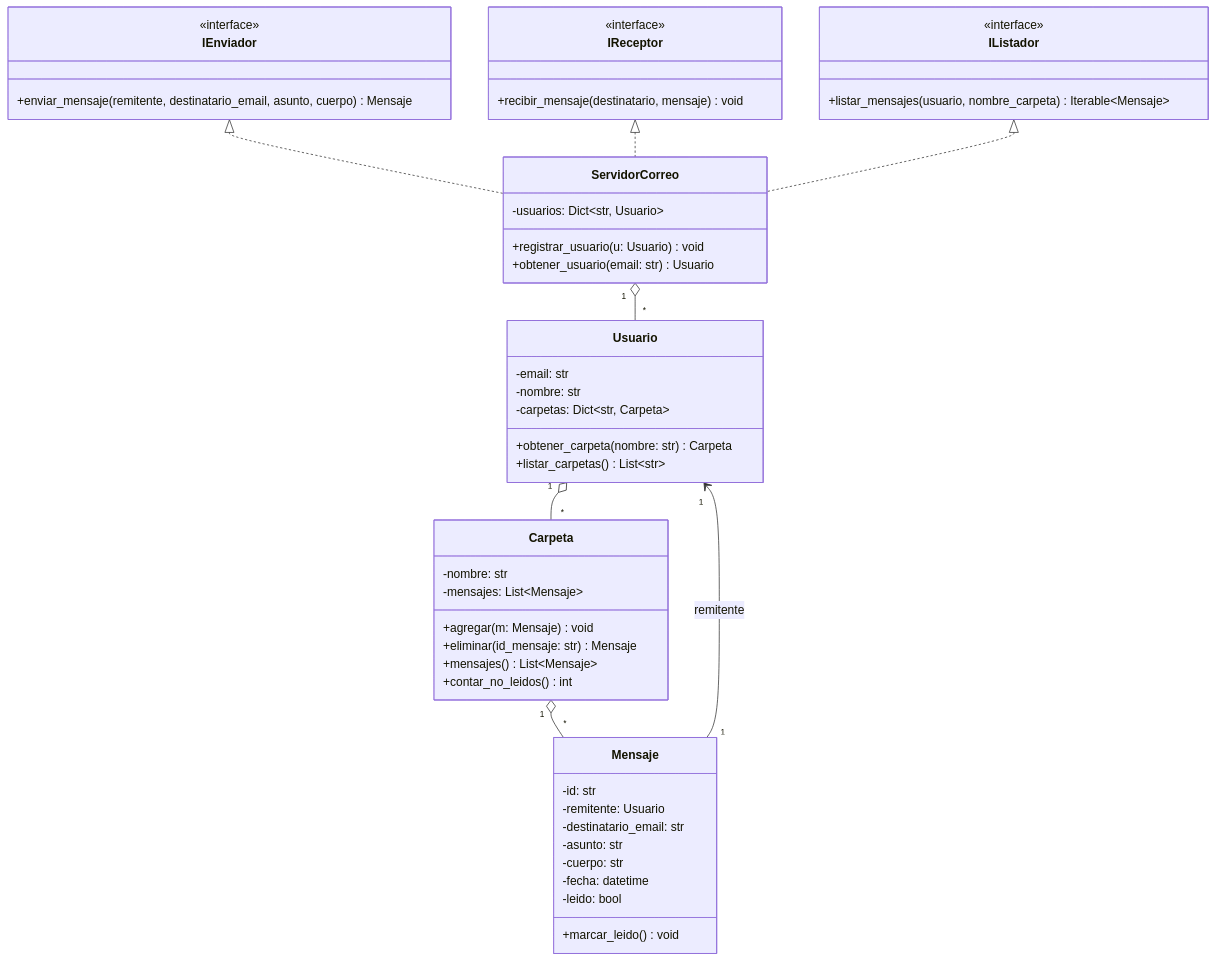
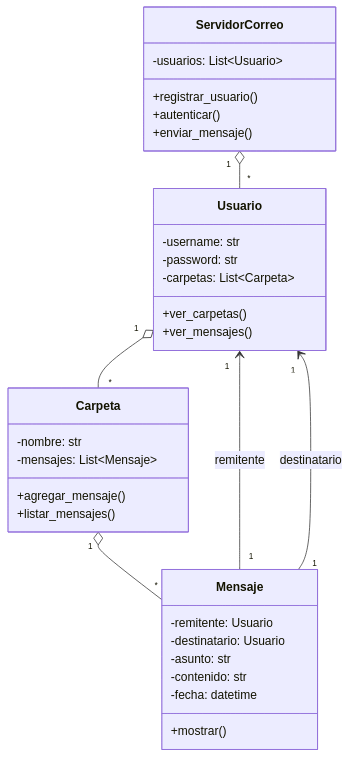
One commit to Python-UNAB/TP-ServicioDeCorreo changed the diagram in readme.md. Above: the diagram before and after it, drawn with Mermaid. The commit also changed other lines of this file, not shown here.

Commit message:
Update readme
-Se actualizó el Readme.md y se aplicó el nuevo diagrama de flujo.

````diff
--- a/readme.md
+++ b/readme.md
@@ -14,62 +13,41 @@
 ```mermaid
 classDiagram
-		direction TB
+    direction TB
 
-		class IEnviador {
-			<<interface>>
-			+enviar_mensaje(remitente, destinatario_email, asunto, cuerpo) Mensaje
-		}
+    class ServidorCorreo {
+        -usuarios: List~Usuario~
+        +registrar_usuario()
+        +autenticar()
+        +enviar_mensaje()
+    }
 
-		class IReceptor {
-			<<interface>>
-			+recibir_mensaje(destinatario, mensaje) void
-		}
+    class Usuario {
+        -username: str
+        -password: str
+        -carpetas: List~Carpeta~
+        +ver_carpetas()
+        +ver_mensajes()
+    }
 
-		class IListador {
-			<<interface>>
-			+listar_mensajes(usuario, nombre_carpeta) Iterable~Mensaje~
-		}
+    class Carpeta {
+        -nombre: str
+        -mensajes: List~Mensaje~
+        +agregar_mensaje()
+        +listar_mensajes()
+    }
 
-		class Mensaje {
-			-id: str
-			-remitente: Usuario
-			-destinatario_email: str
-			-asunto: str
-			-cuerpo: str
-			-fecha: datetime
-			-leido: bool
-			+marcar_leido() void
-		}
+    class Mensaje {
+        -remitente: Usuario
+        -destinatario: Usuario
+        -asunto: str
+        -contenido: str
+        -fecha: datetime
+        +mostrar()
+    }
 
-		class Carpeta {
-			-nombre: str
-			-mensajes: List~Mensaje~
-			+agregar(m: Mensaje) void
-			+eliminar(id_mensaje: str) Mensaje
-			+mensajes() List~Mensaje~
-			+contar_no_leidos() int
-		}
-
-		class Usuario {
-			-email: str
-			-nombre: str
-			-carpetas: Dict~str, Carpeta~
-			+obtener_carpeta(nombre: str) Carpeta
-			+listar_carpetas() List~str~
-		}
-
-		class ServidorCorreo {
-			-usuarios: Dict~str, Usuario~
-			+registrar_usuario(u: Usuario) void
-			+obtener_usuario(email: str) Usuario
-		}
-
-		IEnviador <|.. ServidorCorreo
-		IReceptor <|.. ServidorCorreo
-		IListador <|.. ServidorCorreo
-
-		Usuario "1" o-- "*" Carpeta
-		Carpeta "1" o-- "*" Mensaje
-		Mensaje "1" --> "1" Usuario : remitente
-		ServidorCorreo "1" o-- "*" Usuario
+    ServidorCorreo "1" o-- "*" Usuario
+    Usuario "1" o-- "*" Carpeta
+    Carpeta "1" o-- "*" Mensaje
+    Mensaje "1" --> "1" Usuario : remitente
+    Mensaje "1" --> "1" Usuario : destinatario
 ```
````
